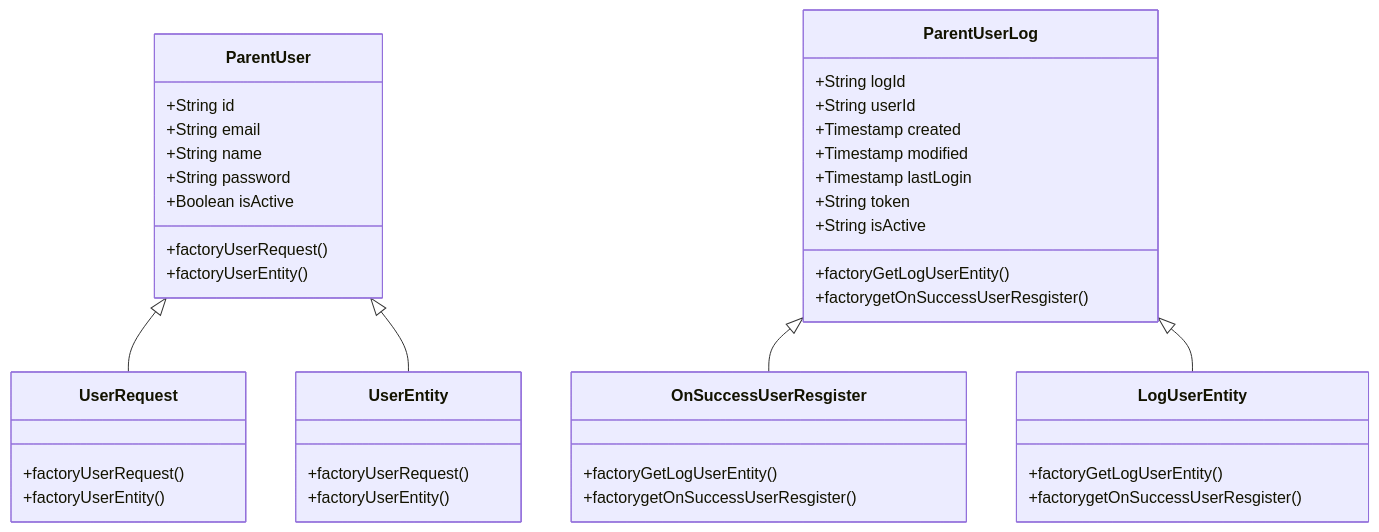
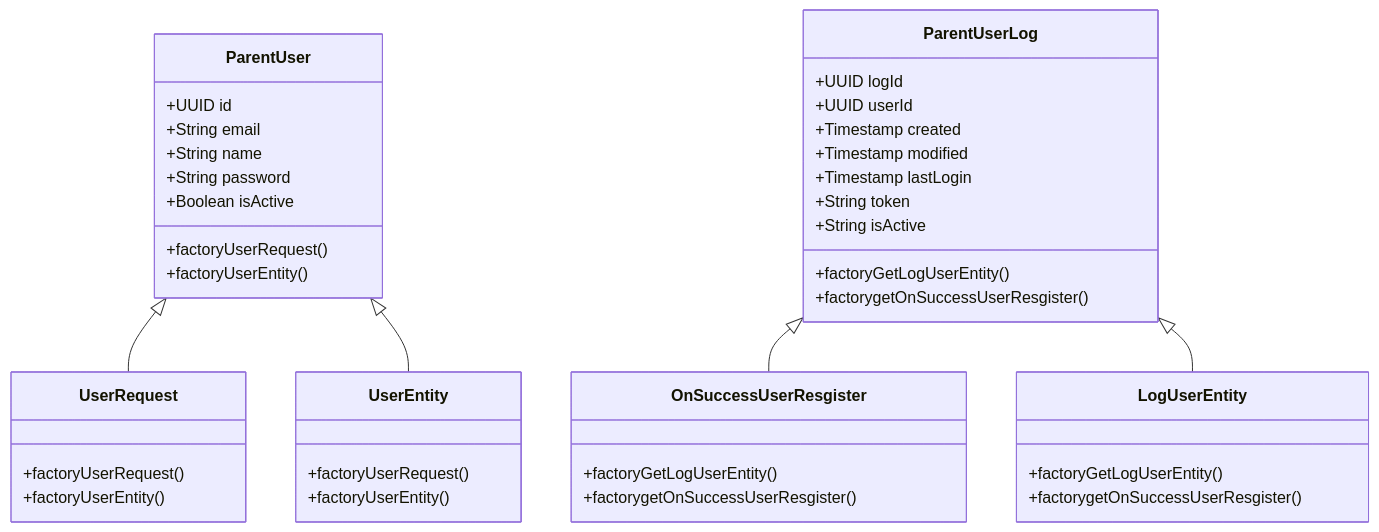
The second of 2 diagrams in README.md (sebastianrm/nisumChallenge), drawn with Mermaid before and after one commit. The commit also changed other lines of this file and 5 other files, not shown here.

````diff
--- a/README.md
+++ b/README.md
@@ -71,32 +71,32 @@
 ```mermaid
 classDiagram
     ParentUser <|-- UserRequest
     ParentUser <|-- UserEntity
-    ParentUser : +String id
+    ParentUser : +UUID id
     ParentUser : +String email
     ParentUser : +String name
     ParentUser : +String password
     ParentUser : +Boolean isActive
     ParentUser: +factoryUserRequest()
     ParentUser : +factoryUserEntity()
     UserRequest : +factoryUserRequest()
     UserRequest : +factoryUserEntity()
     UserEntity : +factoryUserRequest()
     UserEntity : +factoryUserEntity()
 
     ParentUserLog <|-- OnSuccessUserResgister
     ParentUserLog <|-- LogUserEntity
-    ParentUserLog : +String logId
-    ParentUserLog : +String userId
+    ParentUserLog : +UUID logId
+    ParentUserLog : +UUID userId
     ParentUserLog : +Timestamp created
     ParentUserLog : +Timestamp modified
     ParentUserLog : +Timestamp lastLogin
     ParentUserLog : +String token
     ParentUserLog : +String isActive 
     ParentUserLog: +factoryGetLogUserEntity()
     ParentUserLog : +factorygetOnSuccessUserResgister()
     OnSuccessUserResgister : +factoryGetLogUserEntity()
     OnSuccessUserResgister : +factorygetOnSuccessUserResgister()
     LogUserEntity : +factoryGetLogUserEntity()
     LogUserEntity : +factorygetOnSuccessUserResgister()
 ```
````
